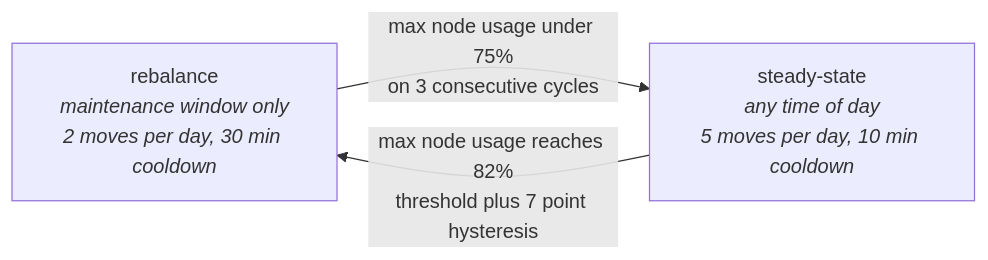
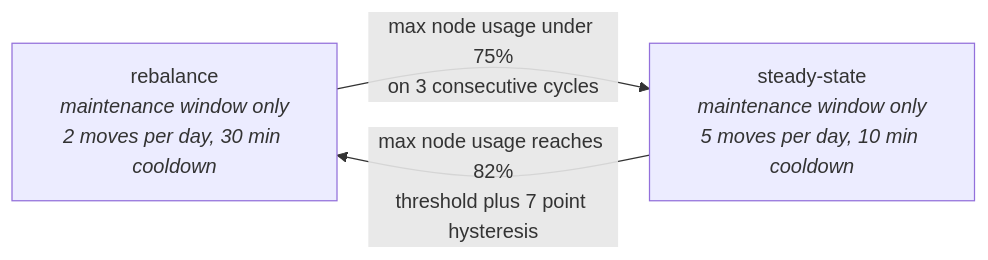
The second of 2 diagrams in README.md (vollminlab/longhorn-rebalancing-controller), drawn with Mermaid before and after one commit. The commit also changed other lines of this file and 3 other files, not shown here.

Commit message:
fix(rebalancer): honour maintenanceWindow in steady-state mode too (#24)

````diff
--- a/README.md
+++ b/README.md
@@ -89,7 +89,7 @@
 ```mermaid
 flowchart LR
     R[rebalance<br/><i>maintenance window only<br/>2 moves per day, 30 min cooldown</i>]
-    S[steady-state<br/><i>any time of day<br/>5 moves per day, 10 min cooldown</i>]
+    S[steady-state<br/><i>maintenance window only<br/>5 moves per day, 10 min cooldown</i>]
     R -->|max node usage under 75%<br/>on 3 consecutive cycles| S
     S -->|max node usage reaches 82%<br/>threshold plus 7 point hysteresis| R
 ```
````
